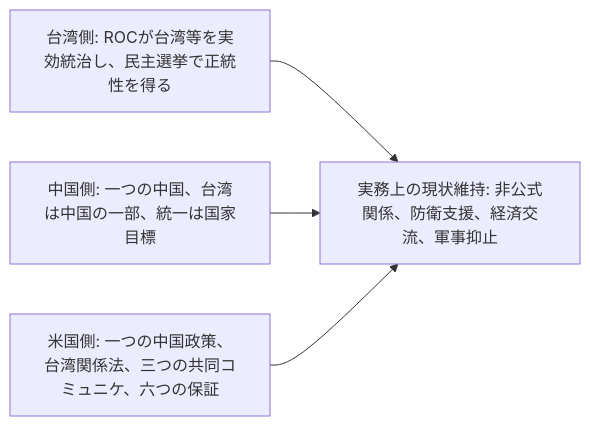
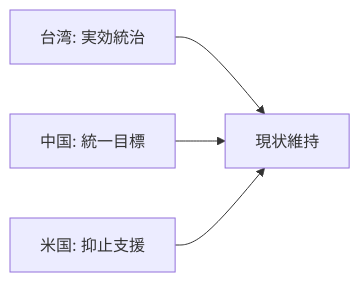
One commit to daylight55/research changed the second of 2 diagrams in src/content/blog/taiwan-history-cross-strait.mdx. Above: the diagram before and after it, drawn with Mermaid. The commit also changed other lines of this file and 20 other files, not shown here.

Commit message:
Mermaid図の表示サイズを調整

````diff
--- a/src/content/blog/taiwan-history-cross-strait.mdx
+++ b/src/content/blog/taiwan-history-cross-strait.mdx
@@ -61,11 +60,11 @@
 ```mermaid
 flowchart LR
-    Taiwan["台湾側: ROCが台湾等を実効統治し、民主選挙で正統性を得る"]
-    PRC["中国側: 一つの中国、台湾は中国の一部、統一は国家目標"]
-    US["米国側: 一つの中国政策、台湾関係法、三つの共同コミュニケ、六つの保証"]
-    StatusQuo["実務上の現状維持: 非公式関係、防衛支援、経済交流、軍事抑止"]
+    Taiwan["台湾: 実効統治"]
+    PRC["中国: 統一目標"]
+    US["米国: 抑止支援"]
+    StatusQuo["現状維持"]
 
     Taiwan --> StatusQuo
     PRC --> StatusQuo
     US --> StatusQuo
 ```
````
